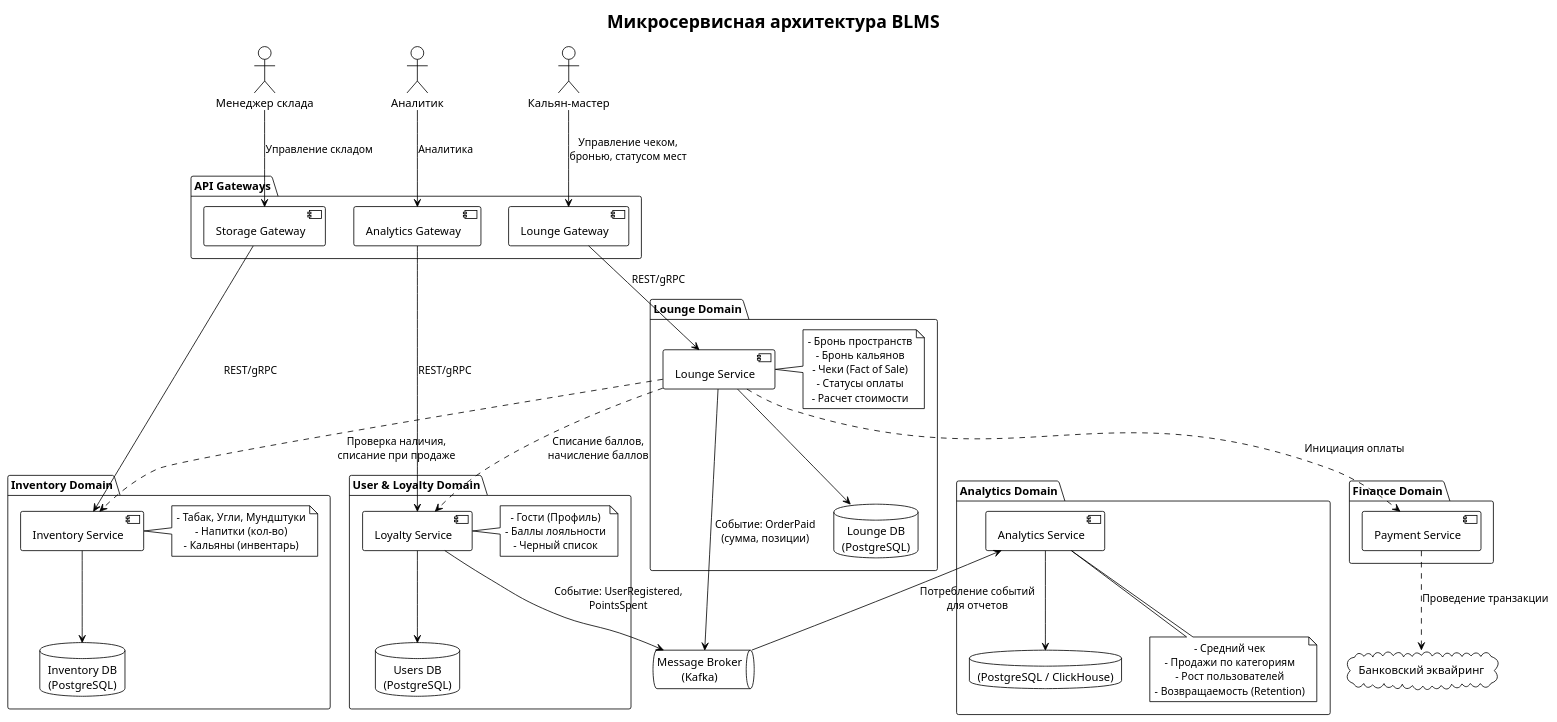
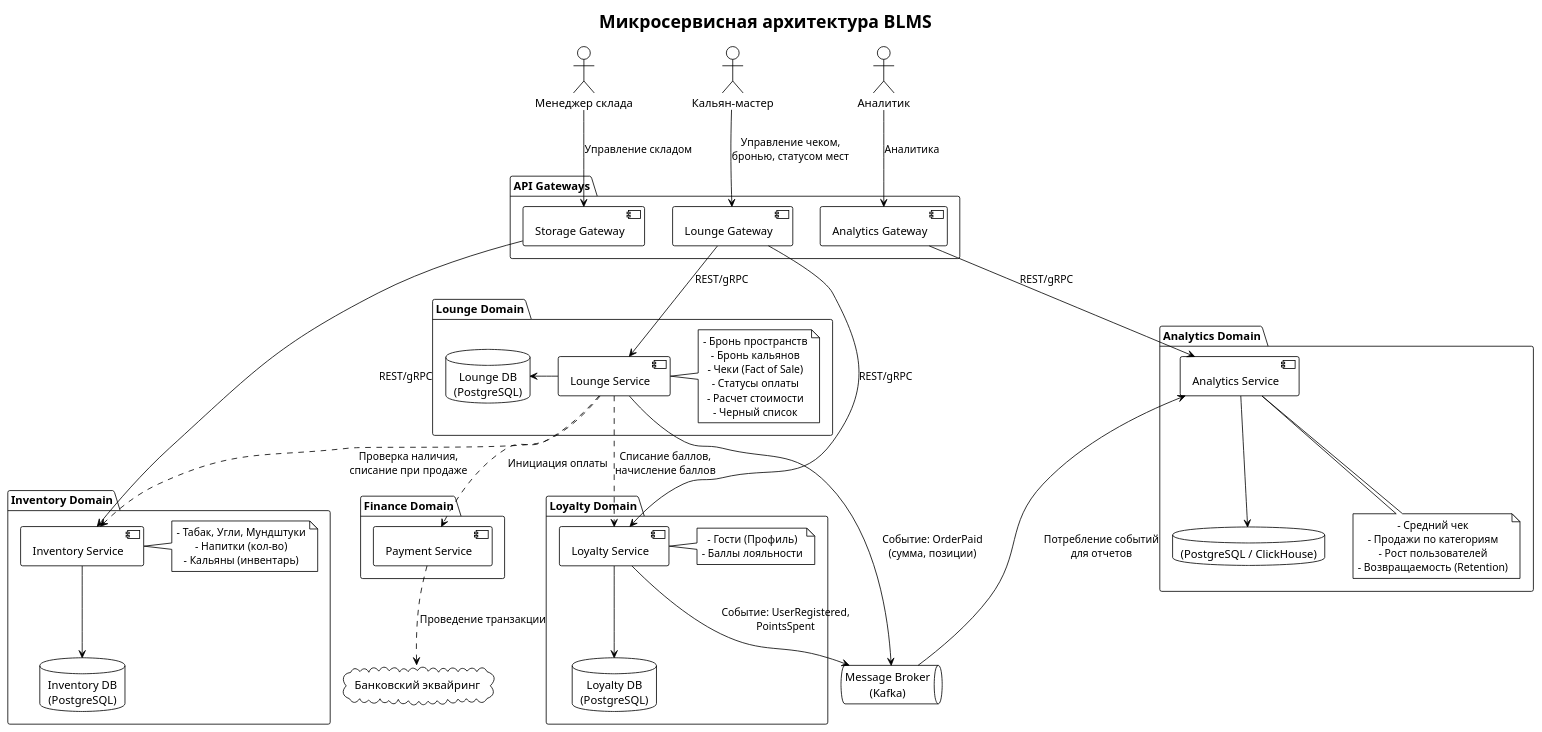
One commit to Lounge-MS/blms changed the diagram in diagram.puml. Above: the diagram before and after it, drawn with PlantUML. The commit also changed 1 other file, not shown here.

Commit message:
fix: some mistakes in uml

```diff
--- a/diagram.puml
+++ b/diagram.puml
@@ -1,93 +1,94 @@
 @startuml
 !theme plain
 skinparam componentStyle uml2
 skinparam defaultTextAlignment center
 
 title Микросервисная архитектура BLMS
 
 actor "Менеджер склада" as Manager
 actor "Кальян-мастер" as Master
 actor "Аналитик" as Analyst
 
 cloud "Банковский эквайринг" as BankAPI
 
 queue "Message Broker\n(Kafka)" as EventBus
 
 package "API Gateways" {
     [Lounge Gateway] as LoungeGateway
     [Storage Gateway] as StorageGateway
     [Analytics Gateway] as AnalyticsGateway
 }
 
 package "Inventory Domain" {
     component [Inventory Service] as Inventory
     database "Inventory DB\n(PostgreSQL)" as InvDB
     note right of Inventory
         - Табак, Угли, Мундштуки
         - Напитки (кол-во)
         - Кальяны (инвентарь)
     end note
 }
 
 package "Lounge Domain" {
     component [Lounge Service] as Lounge
     database "Lounge DB\n(PostgreSQL)" as LoungeDB
     note right of Lounge
         - Бронь пространств
         - Бронь кальянов
         - Чеки (Fact of Sale)
         - Статусы оплаты
         - Расчет стоимости
+        - Черный список
     end note
 }
 
-package "User & Loyalty Domain" {
+package "Loyalty Domain" {
     component [Loyalty Service] as Loyalty
-    database "Users DB\n(PostgreSQL)" as UserDB
+    database "Loyalty DB\n(PostgreSQL)" as LoyaltyDB
     note right of Loyalty
         - Гости (Профиль)
         - Баллы лояльности
-        - Черный список
     end note
 }
 
 package "Finance Domain" {
     component [Payment Service] as Payment
 }
 
 package "Analytics Domain" {
     component [Analytics Service] as Analytics
     database "(PostgreSQL / ClickHouse)" as StatsDB
     note bottom of Analytics
         - Средний чек
         - Продажи по категориям
         - Рост пользователей
         - Возвращаемость (Retention)
     end note
 }
 
 Manager --> StorageGateway : Управление складом
 Master --> LoungeGateway : Управление чеком,\nбронью, статусом мест
 Analyst --> AnalyticsGateway : Аналитика
 
 StorageGateway --> Inventory : REST/gRPC
 LoungeGateway --> Lounge : REST/gRPC
-AnalyticsGateway --> Loyalty : REST/gRPC
+LoungeGateway --> Loyalty : REST/gRPC
+AnalyticsGateway --> Analytics : REST/gRPC
 
 Lounge ..> Inventory : Проверка наличия,\nсписание при продаже
-Lounge ..> Loyalty : Списание баллов,\nначисление баллов
-Lounge ..> Payment : Инициация оплаты
+Lounge .down.> Loyalty : Списание баллов,\nначисление баллов
+Lounge .down.> Payment : Инициация оплаты
 
 Inventory -down-> InvDB
-Lounge -down-> LoungeDB
-Loyalty -down-> UserDB
+Lounge -left-> LoungeDB
+Loyalty -down-> LoyaltyDB
 Analytics -down-> StatsDB
 
 Payment ..> BankAPI : Проведение транзакции
 
 Lounge -down-> EventBus : Событие: OrderPaid\n(сумма, позиции)
 Loyalty -down-> EventBus : Событие: UserRegistered,\nPointsSpent
 
 EventBus -up-> Analytics : Потребление событий\nдля отчетов
 
 @enduml
```
